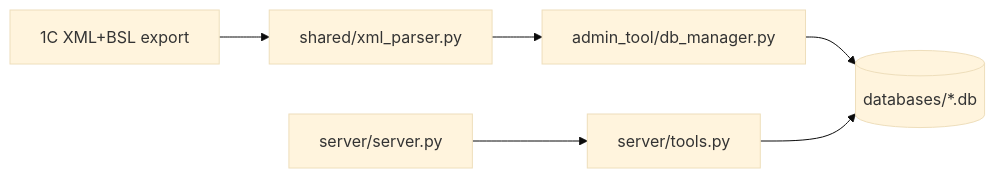
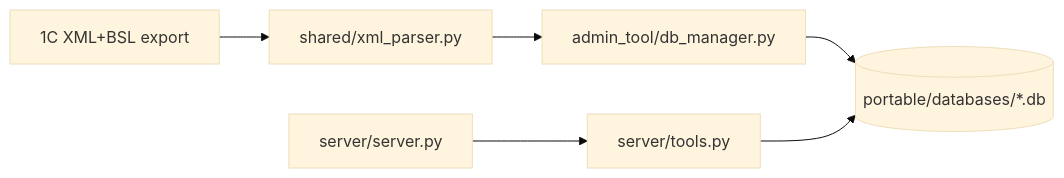
One commit to ai6i4yvu6147-coder/1c-config-mcp-server changed the diagram in docs/architecture.md. Above: the diagram before and after it, drawn with Mermaid (base theme). The commit also changed other lines of this file and 15 other files, not shown here.

````diff
--- a/docs/architecture.md
+++ b/docs/architecture.md
@@ -5,8 +5,8 @@
 ```mermaid
 flowchart LR
   Export[1C XML+BSL export] --> Parser[shared/xml_parser.py]
   Parser --> DbBuilder[admin_tool/db_manager.py]
-  DbBuilder --> SQLite[(databases/*.db)]
+  DbBuilder --> SQLite[(portable/databases/*.db)]
   MCP[server/server.py] --> Tools[server/tools.py]
   Tools --> SQLite
 ```
````
